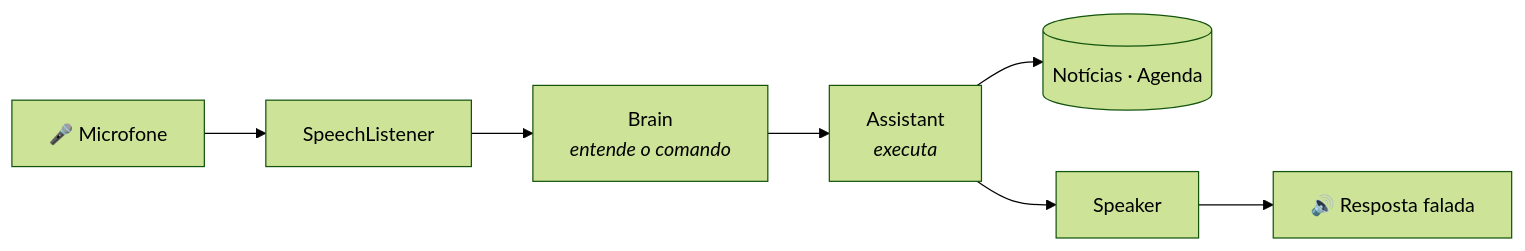
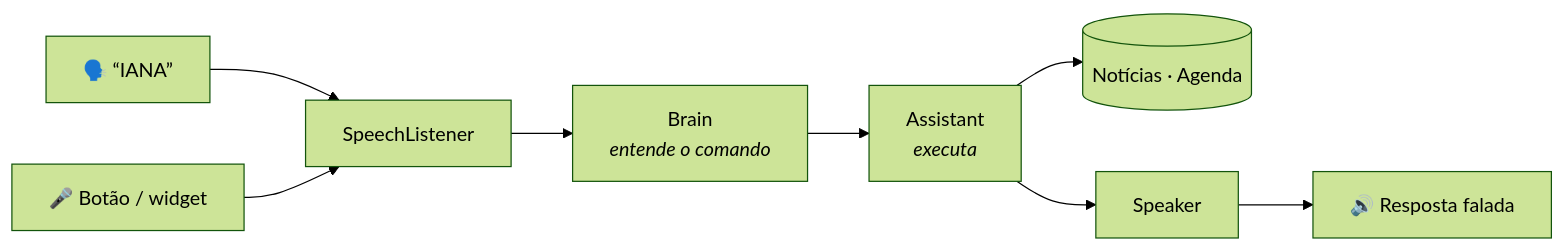
One commit to daviPeter07/Iana changed the diagram in README.md. Above: the diagram before and after it, drawn with Mermaid (forest theme). The commit also changed other lines of this file and 20 other files, not shown here.

First line of the commit message:
Palavra de ativação "IANA" e widget da tela inicial

````diff
--- a/README.md
+++ b/README.md
@@ -46,9 +69,10 @@
 ```mermaid
 flowchart LR
-    A[🎤 Microfone] --> B[SpeechListener]
+    W[🗣️ “IANA”] --> B
+    A[🎤 Botão / widget] --> B[SpeechListener]
     B --> C[Brain<br/><i>entende o comando</i>]
     C --> D[Assistant<br/><i>executa</i>]
     D --> E[(Notícias · Agenda)]
     D --> F[Speaker]
     F --> G[🔊 Resposta falada]
 ```
````
